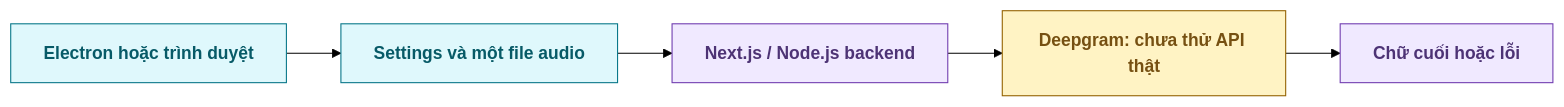
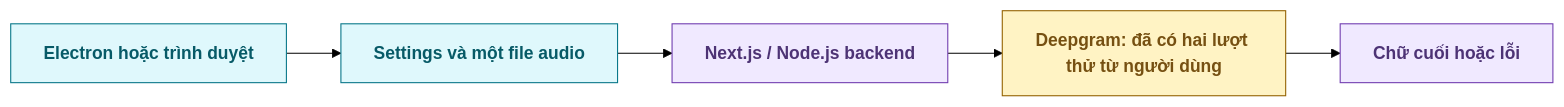
Before and after one commit to Violetta147/PBL6: the diagram in reports/stt_v1_p1_20261107/BAO_CAO.md, drawn with Mermaid (forest theme). The commit also changed other lines of this file and 15 other files, not shown here.

````diff
--- a/reports/stt_v1_p1_20261107/BAO_CAO.md
+++ b/reports/stt_v1_p1_20261107/BAO_CAO.md
@@ -11,13 +11,13 @@
 ```mermaid
 flowchart LR
     U["Electron hoặc trình duyệt"] --> S["Settings và một file audio"]
     S --> B["Next.js / Node.js backend"]
-    B --> D["Deepgram: chưa thử API thật"]
+    B --> D["Deepgram: đã có hai lượt thử từ người dùng"]
     D --> R["Chữ cuối hoặc lỗi"]
     classDef input fill:#DFF8FC,stroke:#087789,color:#075A67,font-weight:bold;
     classDef method fill:#F0E9FF,stroke:#713DB0,color:#4D3375,font-weight:bold;
     classDef pending fill:#FFF3C4,stroke:#946200,color:#765012,font-weight:bold;
     class U,S input;
     class B,R method;
     class D pending;
 ```
````
